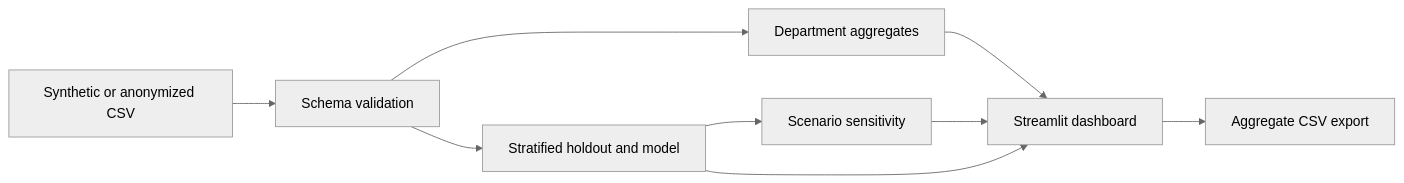
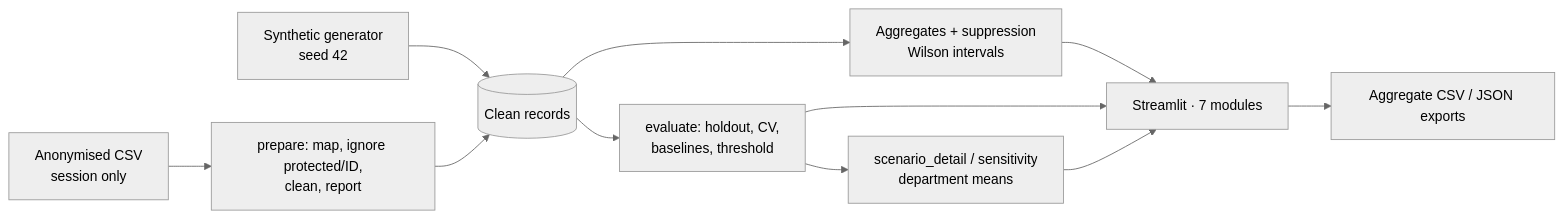
One commit to muhammadzubair-data/talentflow-ai-workforce-retention-intelligence changed the first of 2 diagrams in README.md. Above: the diagram before and after it, drawn with Mermaid (neutral theme). The commit also changed other lines of this file and 33 other files, not shown here.

````diff
--- a/README.md
+++ b/README.md
@@ -11,11 +104,12 @@
 ```mermaid
 flowchart LR
- A[Synthetic or anonymized CSV] --> B[Schema validation]
- B --> C[Department aggregates]
- B --> D[Stratified holdout and model]
- D --> E[Scenario sensitivity]
- C --> F[Streamlit dashboard]
- E --> F
- D --> F
- F --> G[Aggregate CSV export]
+  A[Synthetic generator<br/>seed 42] --> C
+  B[Anonymised CSV<br/>session only] --> V[prepare: map, ignore protected/ID,<br/>clean, report] --> C
+  C[(Clean records)] --> G[Aggregates + suppression<br/>Wilson intervals]
+  C --> E[evaluate: holdout, CV,<br/>baselines, threshold]
+  E --> S[scenario_detail / sensitivity<br/>department means]
+  G --> UI[Streamlit · 7 modules]
+  E --> UI
+  S --> UI
+  UI --> X[Aggregate CSV / JSON exports]
 ```
````
